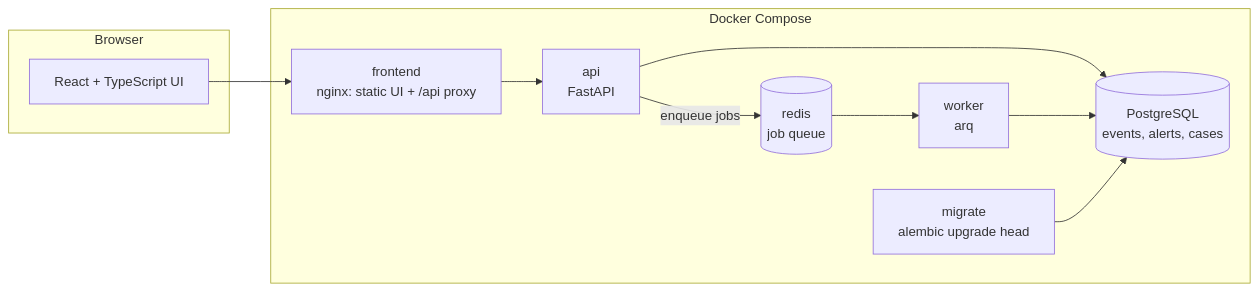
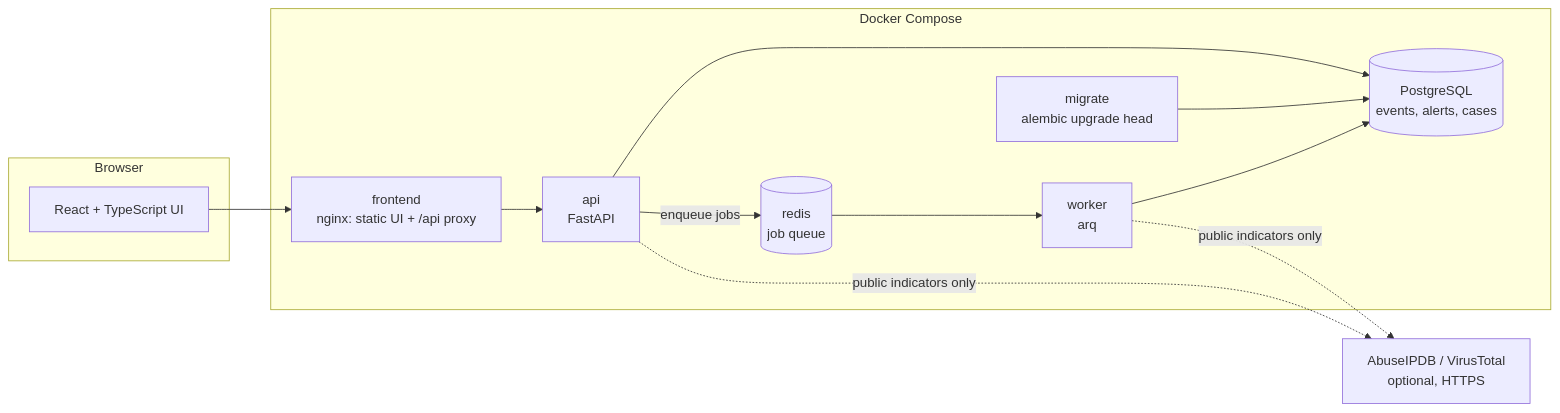
The diagram in README.md (umairhaider-dev/watchpost), drawn with Mermaid before and after one commit. The commit also changed other lines of this file and 1 other file, not shown here.

````diff
--- a/README.md
+++ b/README.md
@@ -16,20 +16,23 @@
 ```mermaid
 flowchart LR
     subgraph Browser
         UI[React + TypeScript UI]
     end
     subgraph Docker Compose
         NGINX[frontend<br/>nginx: static UI + /api proxy]
         API[api<br/>FastAPI]
         WORKER[worker<br/>arq]
         REDIS[(redis<br/>job queue)]
         DB[(PostgreSQL<br/>events, alerts, cases)]
         MIGRATE[migrate<br/>alembic upgrade head]
     end
+    TI[AbuseIPDB / VirusTotal<br/>optional, HTTPS]
     UI --> NGINX --> API
     API --> DB
     API -- enqueue jobs --> REDIS
     REDIS --> WORKER
     WORKER --> DB
     MIGRATE --> DB
+    API -. public indicators only .-> TI
+    WORKER -. public indicators only .-> TI
 ```
````
